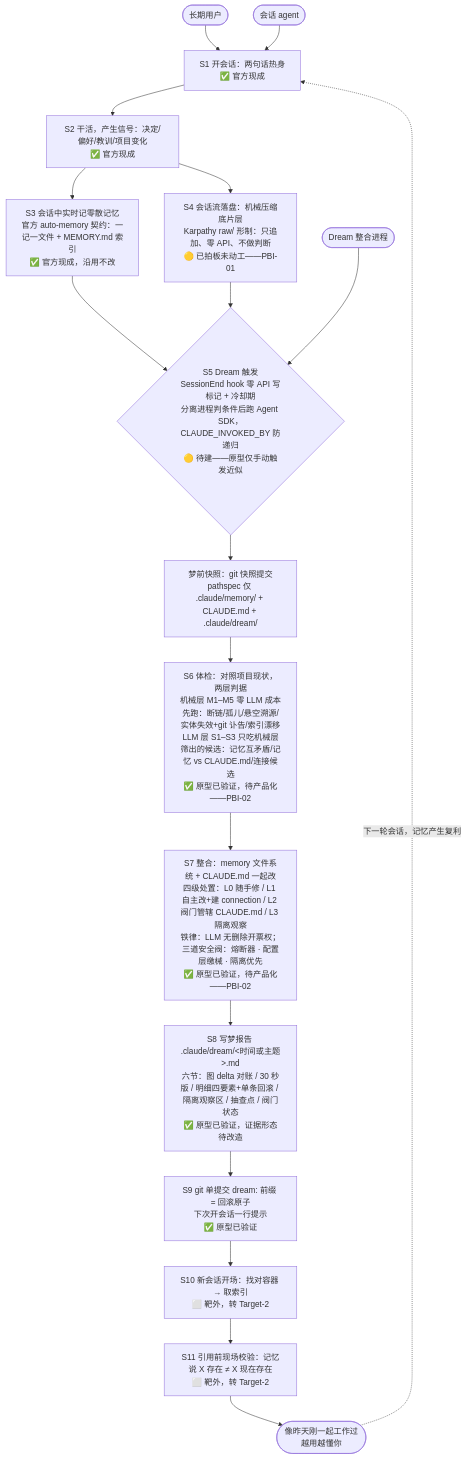
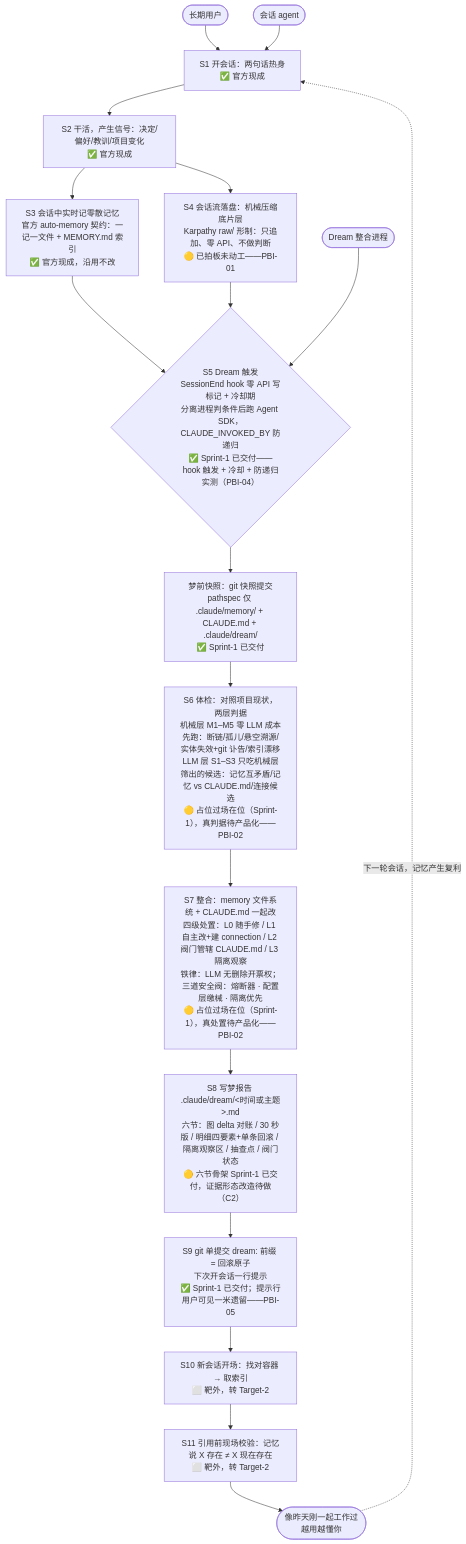
The diagram in scrum/ProductBacklog.md (seapawn1/ClaudeDream), drawn with Mermaid before and after one commit. The commit also changed other lines of this file and 3 other files, not shown here.

````diff
--- a/scrum/ProductBacklog.md
+++ b/scrum/ProductBacklog.md
@@ -61,20 +61,20 @@
 ```mermaid
 flowchart TD
     User([长期用户]) --> S1
     Agent([会话 agent]) --> S1
     S1["S1 开会话：两句话热身<br/>✅ 官方现成"] --> S2["S2 干活，产生信号：决定/偏好/教训/项目变化<br/>✅ 官方现成"]
     S2 --> S3["S3 会话中实时记零散记忆<br/>官方 auto-memory 契约：一记一文件 + MEMORY.md 索引<br/>✅ 官方现成，沿用不改"]
     S2 --> S4["S4 会话流落盘：机械压缩底片层<br/>Karpathy raw/ 形制：只追加、零 API、不做判断<br/>🟡 已拍板未动工——PBI-01"]
     S3 --> S5
-    S4 --> S5{"S5 Dream 触发<br/>SessionEnd hook 零 API 写标记 + 冷却期<br/>分离进程判条件后跑 Agent SDK，CLAUDE_INVOKED_BY 防递归<br/>🟡 待建——原型仅手动触发近似"}
+    S4 --> S5{"S5 Dream 触发<br/>SessionEnd hook 零 API 写标记 + 冷却期<br/>分离进程判条件后跑 Agent SDK，CLAUDE_INVOKED_BY 防递归<br/>✅ Sprint-1 已交付——hook 触发 + 冷却 + 防递归实测（PBI-04）"}
     Dream([Dream 整合进程]) --> S5
-    S5 --> P0["梦前快照：git 快照提交<br/>pathspec 仅 .claude/memory/ + CLAUDE.md + .claude/dream/"]
-    P0 --> S6["S6 体检：对照项目现状，两层判据<br/>机械层 M1–M5 零 LLM 成本先跑：断链/孤儿/悬空溯源/实体失效+git 讣告/索引漂移<br/>LLM 层 S1–S3 只吃机械层筛出的候选：记忆互矛盾/记忆 vs CLAUDE.md/连接候选<br/>✅ 原型已验证，待产品化——PBI-02"]
-    S6 --> S7["S7 整合：memory 文件系统 + CLAUDE.md 一起改<br/>四级处置：L0 随手修 / L1 自主改+建 connection / L2 阀门管辖 CLAUDE.md / L3 隔离观察<br/>铁律：LLM 无删除开票权；三道安全阀：熔断器 · 配置层缴械 · 隔离优先<br/>✅ 原型已验证，待产品化——PBI-02"]
-    S7 --> S8["S8 写梦报告 .claude/dream/&lt;时间或主题&gt;.md<br/>六节：图 delta 对账 / 30 秒版 / 明细四要素+单条回滚 / 隔离观察区 / 抽查点 / 阀门状态<br/>✅ 原型已验证，证据形态待改造"]
-    S8 --> S9["S9 git 单提交 dream: 前缀 = 回滚原子<br/>下次开会话一行提示<br/>✅ 原型已验证"]
+    S5 --> P0["梦前快照：git 快照提交<br/>pathspec 仅 .claude/memory/ + CLAUDE.md + .claude/dream/<br/>✅ Sprint-1 已交付"]
+    P0 --> S6["S6 体检：对照项目现状，两层判据<br/>机械层 M1–M5 零 LLM 成本先跑：断链/孤儿/悬空溯源/实体失效+git 讣告/索引漂移<br/>LLM 层 S1–S3 只吃机械层筛出的候选：记忆互矛盾/记忆 vs CLAUDE.md/连接候选<br/>🟡 占位过场在位（Sprint-1），真判据待产品化——PBI-02"]
+    S6 --> S7["S7 整合：memory 文件系统 + CLAUDE.md 一起改<br/>四级处置：L0 随手修 / L1 自主改+建 connection / L2 阀门管辖 CLAUDE.md / L3 隔离观察<br/>铁律：LLM 无删除开票权；三道安全阀：熔断器 · 配置层缴械 · 隔离优先<br/>🟡 占位过场在位（Sprint-1），真处置待产品化——PBI-02"]
+    S7 --> S8["S8 写梦报告 .claude/dream/&lt;时间或主题&gt;.md<br/>六节：图 delta 对账 / 30 秒版 / 明细四要素+单条回滚 / 隔离观察区 / 抽查点 / 阀门状态<br/>🟡 六节骨架 Sprint-1 已交付，证据形态改造待做（C2）"]
+    S8 --> S9["S9 git 单提交 dream: 前缀 = 回滚原子<br/>下次开会话一行提示<br/>✅ Sprint-1 已交付；提示行用户可见一米遗留——PBI-05"]
     S9 --> S10["S10 新会话开场：找对容器 → 取索引<br/>⬜ 靶外，转 Target-2"]
     S10 --> S11["S11 引用前现场校验：记忆说 X 存在 ≠ X 现在存在<br/>⬜ 靶外，转 Target-2"]
     S11 --> END([像昨天刚一起工作过<br/>越用越懂你])
     END -.->|下一轮会话，记忆产生复利| S1
 ```
````
